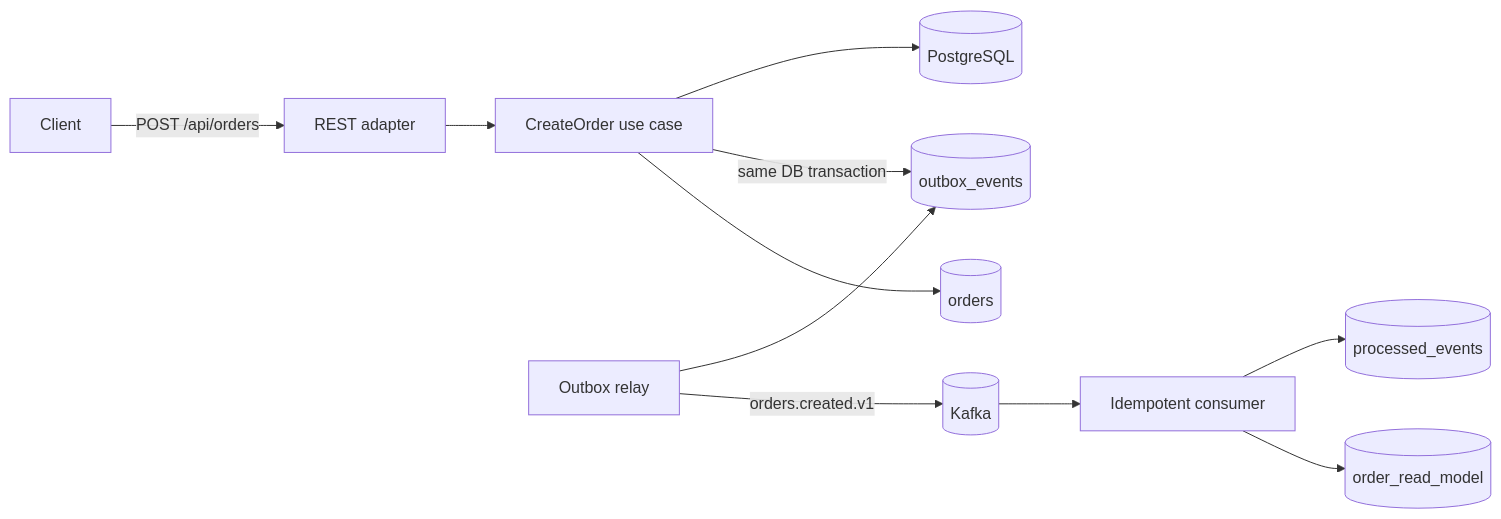
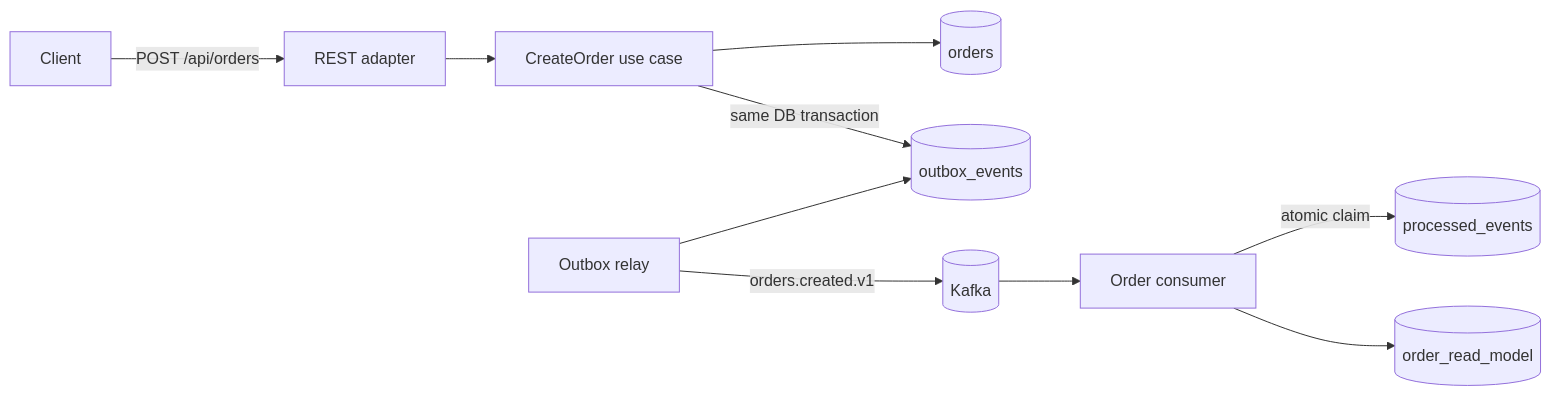
The diagram in README.md (zakaria-source/eventflow), drawn with Mermaid before and after one commit. The commit also changed other lines of this file and 8 other files, not shown here.

````diff
--- a/README.md
+++ b/README.md
@@ -21,13 +22,12 @@
 ```mermaid
 flowchart LR
     C[Client] -->|POST /api/orders| API[REST adapter]
     API --> APP[CreateOrder use case]
-    APP --> DB[(PostgreSQL)]
+    APP --> ORDERS[(orders)]
     APP -->|same DB transaction| OUTBOX[(outbox_events)]
     RELAY[Outbox relay] --> OUTBOX
     RELAY -->|orders.created.v1| KAFKA[(Kafka)]
-    KAFKA --> CONSUMER[Idempotent consumer]
-    CONSUMER --> PROCESSED[(processed_events)]
+    KAFKA --> CONSUMER[Order consumer]
+    CONSUMER -->|atomic claim| PROCESSED[(processed_events)]
     CONSUMER --> READ[(order_read_model)]
-    APP --> ORDERS[(orders)]
 ```
````
